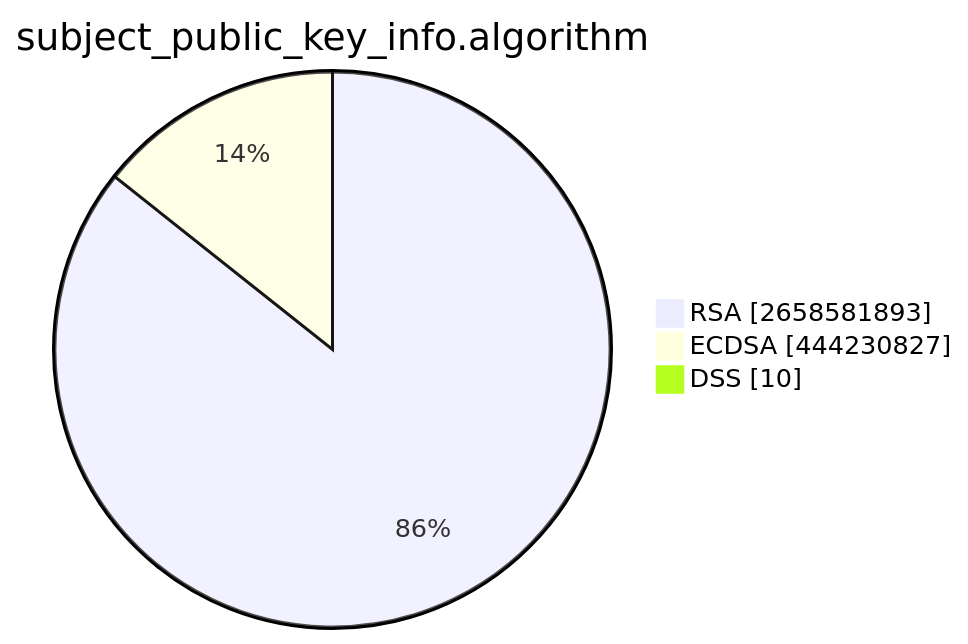
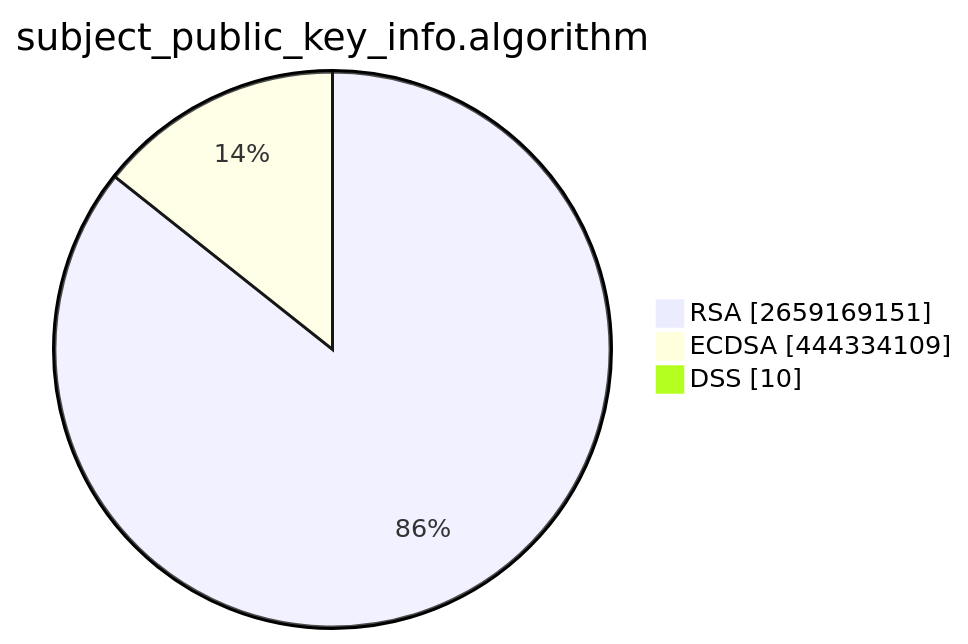
Before and after one commit to christiankrug/ctmonitor_visualization: the second of 15 diagrams in TOTAL/README.md, drawn with Mermaid. The commit also changed other lines of this file, not shown here.

````diff
--- a/TOTAL/README.md
+++ b/TOTAL/README.md
@@ -6,7 +6,7 @@
 ```mermaid
 pie showData
 title subject_public_key_info.algorithm
-"RSA" :2658581893
-"ECDSA" :444230827
+"RSA" :2659169151
+"ECDSA" :444334109
 "DSS" :10
 ```
````
